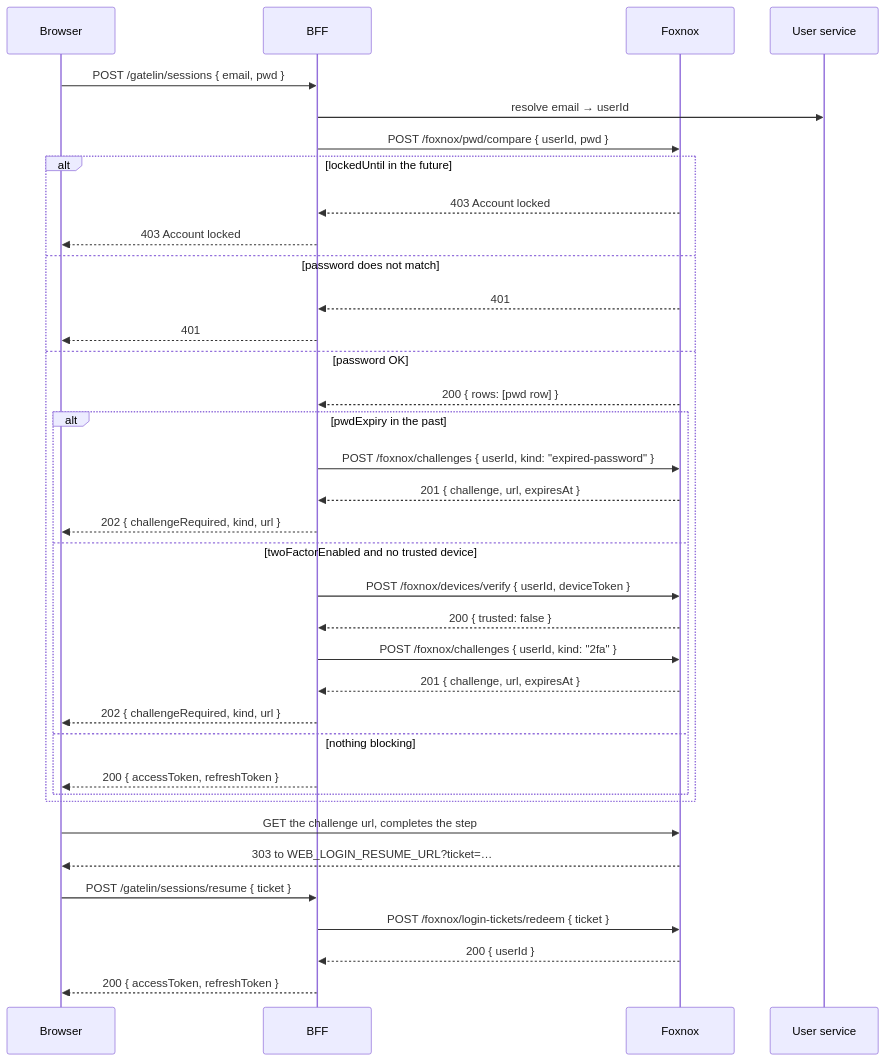
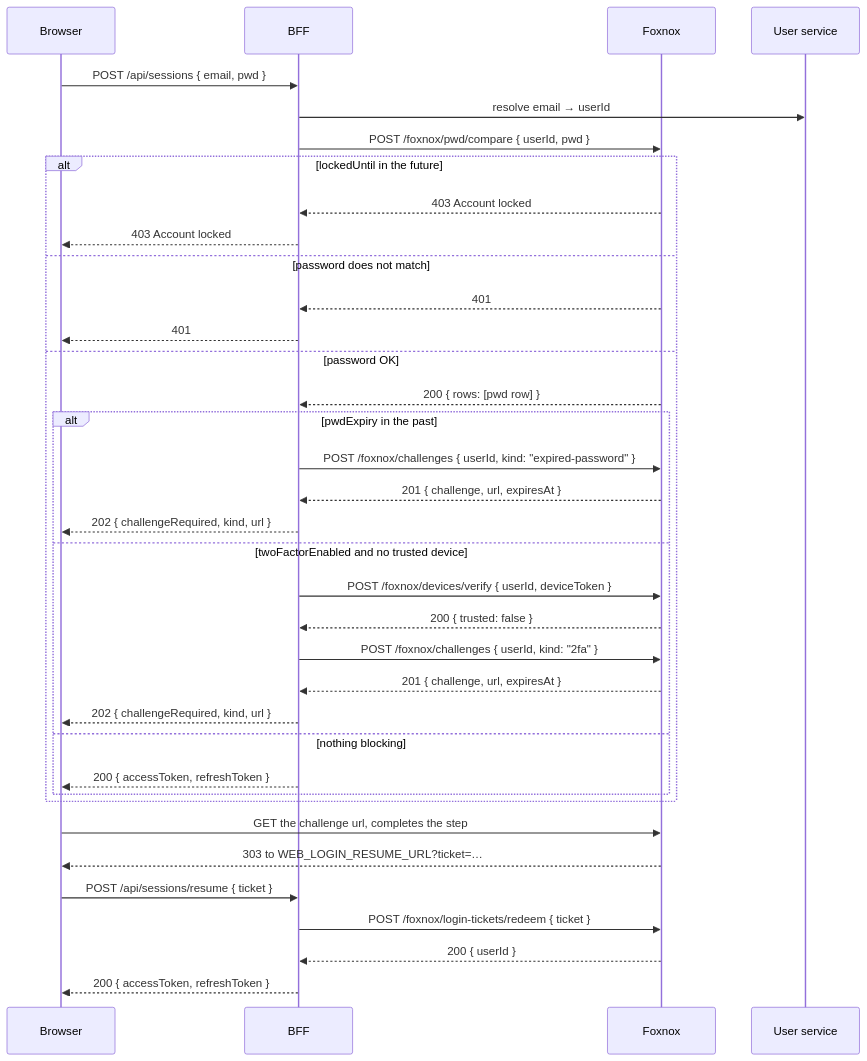
Before and after one commit to ALTEN-group/Foxnox: the diagram in website/docs/guide/api-challenges.md, drawn with Mermaid. The commit also changed other lines of this file and 17 other files, not shown here.

````diff
--- a/website/docs/guide/api-challenges.md
+++ b/website/docs/guide/api-challenges.md
@@ -27,40 +27,40 @@
 ```mermaid
 sequenceDiagram
     participant B as Browser
     participant G as BFF
     participant F as Foxnox
     participant U as User service
 
-    B->>G: POST /gatelin/sessions { email, pwd }
+    B->>G: POST /api/sessions { email, pwd }
     G->>U: resolve email → userId
     G->>F: POST /foxnox/pwd/compare { userId, pwd }
     alt lockedUntil in the future
         F-->>G: 403 Account locked
         G-->>B: 403 Account locked
     else password does not match
         F-->>G: 401
         G-->>B: 401
     else password OK
         F-->>G: 200 { rows: [pwd row] }
         alt pwdExpiry in the past
             G->>F: POST /foxnox/challenges { userId, kind: "expired-password" }
             F-->>G: 201 { challenge, url, expiresAt }
             G-->>B: 202 { challengeRequired, kind, url }
         else twoFactorEnabled and no trusted device
             G->>F: POST /foxnox/devices/verify { userId, deviceToken }
             F-->>G: 200 { trusted: false }
             G->>F: POST /foxnox/challenges { userId, kind: "2fa" }
             F-->>G: 201 { challenge, url, expiresAt }
             G-->>B: 202 { challengeRequired, kind, url }
         else nothing blocking
             G-->>B: 200 { accessToken, refreshToken }
         end
     end
 
     B->>F: GET the challenge url, completes the step
     F-->>B: 303 to WEB_LOGIN_RESUME_URL?ticket=…
-    B->>G: POST /gatelin/sessions/resume { ticket }
+    B->>G: POST /api/sessions/resume { ticket }
     G->>F: POST /foxnox/login-tickets/redeem { ticket }
     F-->>G: 200 { userId }
     G-->>B: 200 { accessToken, refreshToken }
 ```
````
